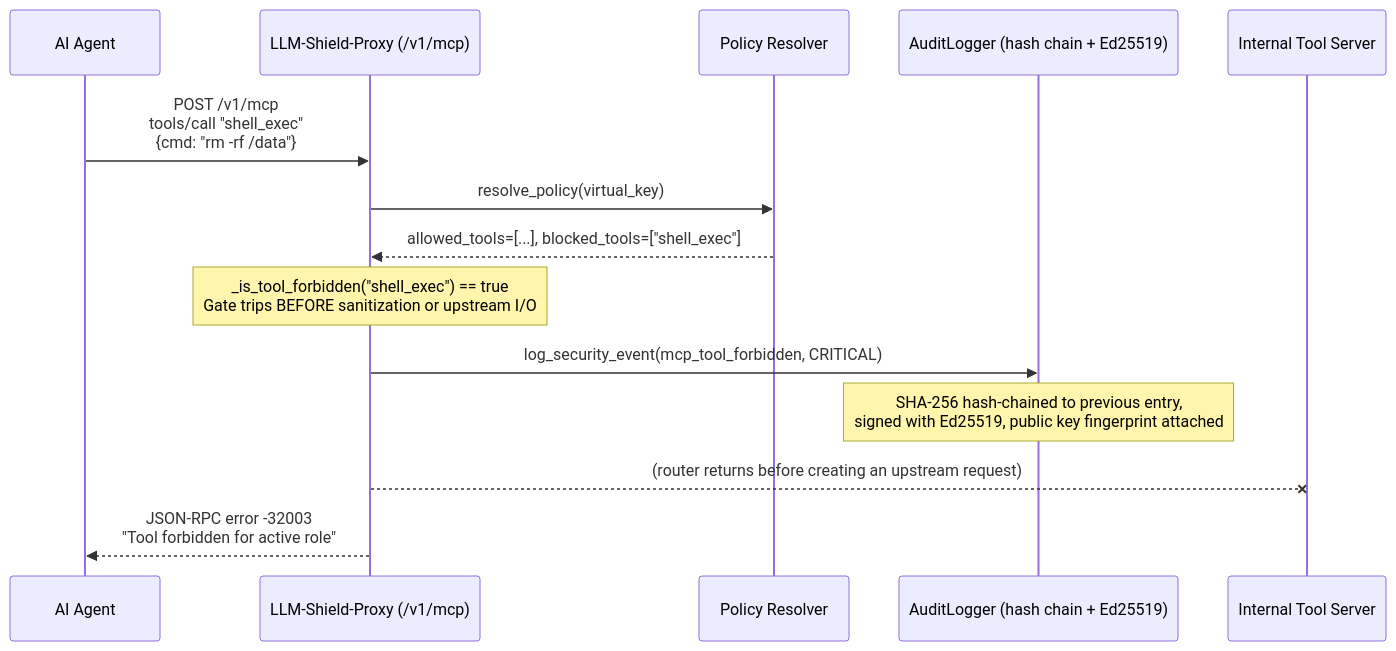
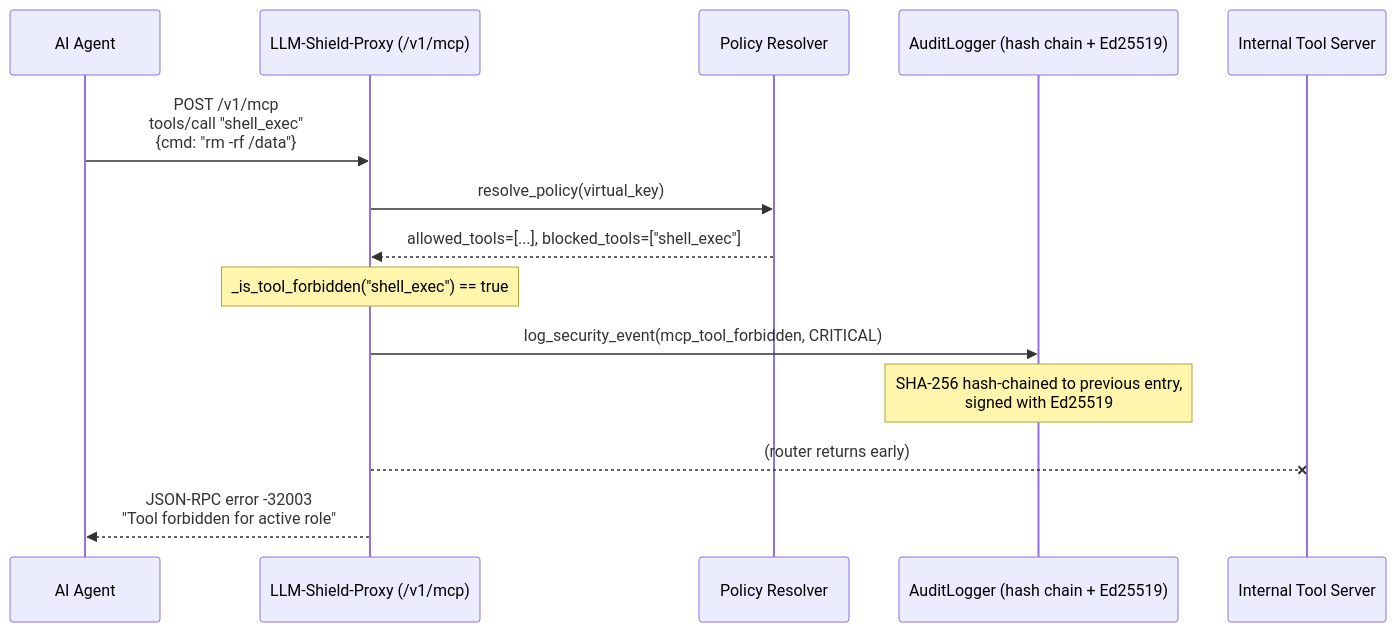
Before and after one commit to ninadphalak/LLM-Shield-Proxy: the second of 3 diagrams in website/docs/guides/mcp-tool-governance.md, drawn with Mermaid. The commit also changed other lines of this file and 94 other files, not shown here.

````diff
--- a/website/docs/guides/mcp-tool-governance.md
+++ b/website/docs/guides/mcp-tool-governance.md
@@ -62,17 +46,17 @@
 ```mermaid
 sequenceDiagram
     participant Agent as AI Agent
     participant Shield as LLM-Shield-Proxy (/v1/mcp)
     participant RBAC as Policy Resolver
     participant Audit as AuditLogger (hash chain + Ed25519)
     participant Tool as Internal Tool Server
 
     Agent->>Shield: POST /v1/mcp<br/>tools/call "shell_exec"<br/>{cmd: "rm -rf /data"}
     Shield->>RBAC: resolve_policy(virtual_key)
     RBAC-->>Shield: allowed_tools=[...], blocked_tools=["shell_exec"]
-    Note over Shield: _is_tool_forbidden("shell_exec") == true<br/>Gate trips BEFORE sanitization or upstream I/O
+    Note over Shield: _is_tool_forbidden("shell_exec") == true
     Shield->>Audit: log_security_event(mcp_tool_forbidden, CRITICAL)
-    Note over Audit: SHA-256 hash-chained to previous entry,<br/>signed with Ed25519, public key fingerprint attached
-    Shield--xTool: (router returns before creating an upstream request)
+    Note over Audit: SHA-256 hash-chained to previous entry,<br/>signed with Ed25519
+    Shield--xTool: (router returns early)
     Shield-->>Agent: JSON-RPC error -32003<br/>"Tool forbidden for active role"
 ```
````
